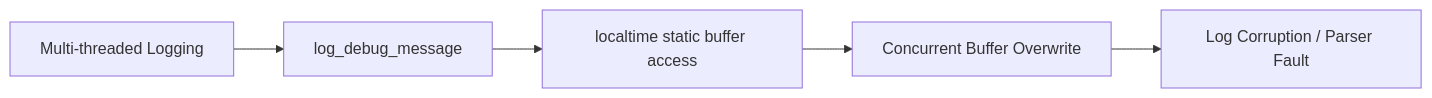
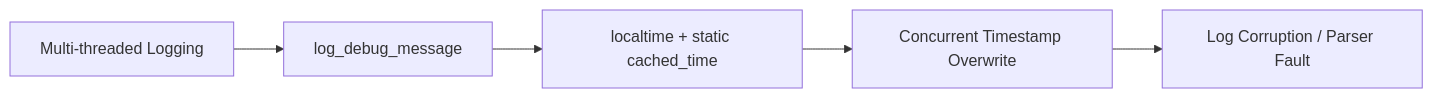
Diagram 12 of 20 in enhanced_exploits.md (DaWasteh/SuperCalc-Sicherheitsbenchmark), drawn with Mermaid before and after one commit. The commit also changed other lines of this file and 31 other files, not shown here.

````diff
--- a/enhanced_exploits.md
+++ b/enhanced_exploits.md
@@ -315,7 +320,7 @@
 ```mermaid
 flowchart LR
   A[Multi-threaded Logging] --> B[log_debug_message]
-  B --> C[localtime static buffer access]
-  C --> D[Concurrent Buffer Overwrite]
+  B --> C[localtime + static cached_time]
+  C --> D[Concurrent Timestamp Overwrite]
   D --> E[Log Corruption / Parser Fault]
 ```
````
